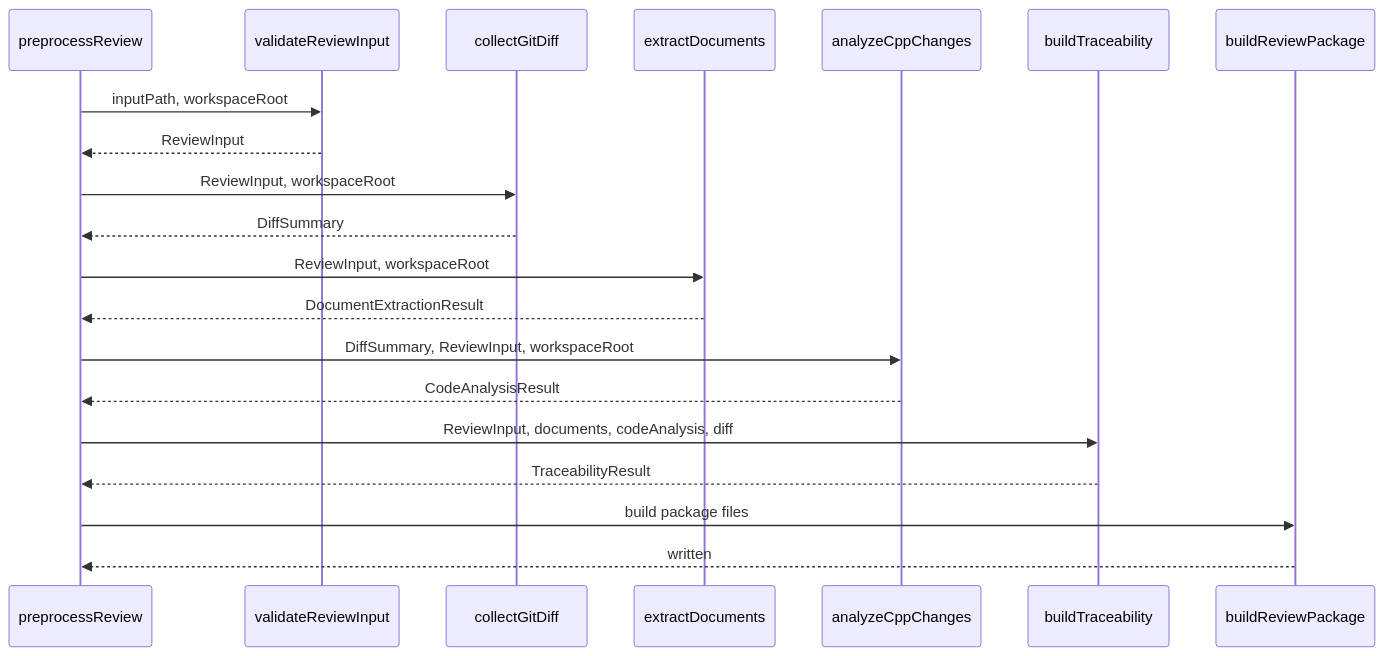
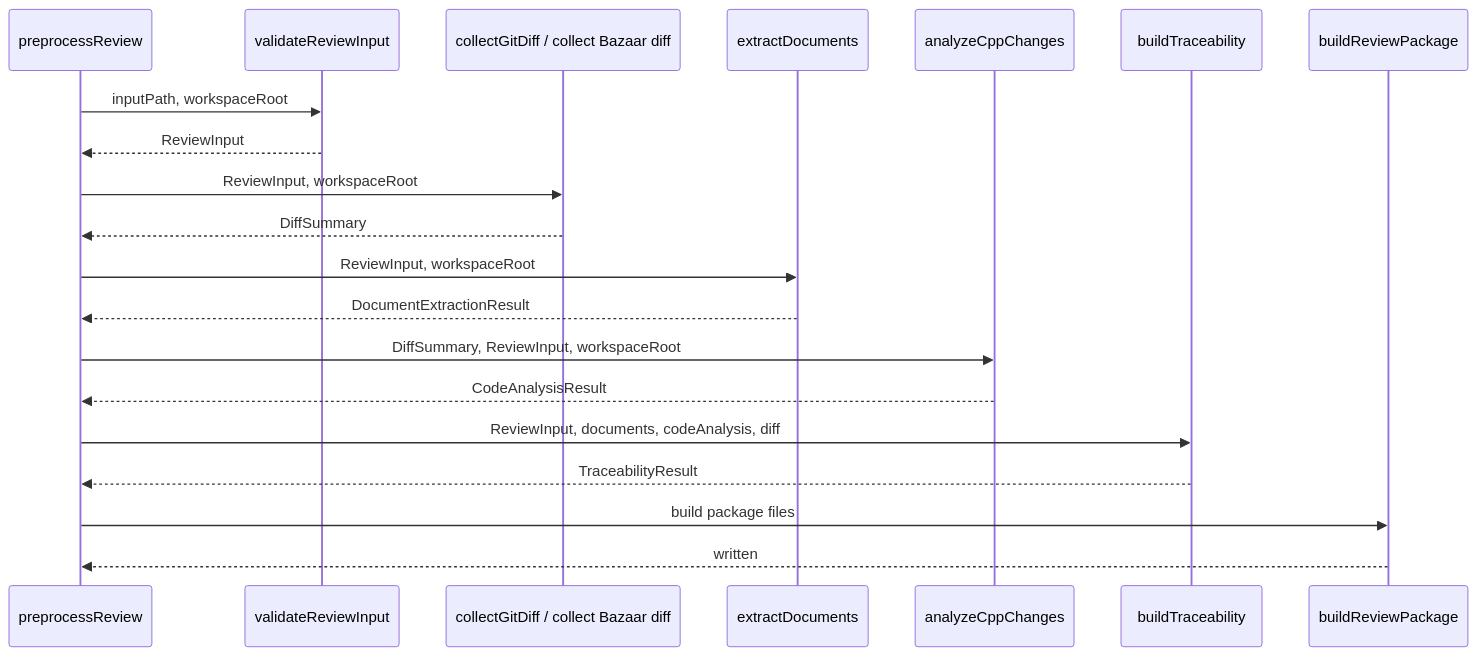
Before and after one commit to katamor1/CUSTUM_MODE: the diagram in v2/extensions/bob-code-consistency-review/docs/detailed-design-ja.md, drawn with Mermaid. The commit also changed other lines of this file and 59 other files, not shown here.

````diff
--- a/v2/extensions/bob-code-consistency-review/docs/detailed-design-ja.md
+++ b/v2/extensions/bob-code-consistency-review/docs/detailed-design-ja.md
@@ -133,23 +163,23 @@
 ```mermaid
 sequenceDiagram
   participant P as preprocessReview
   participant I as validateReviewInput
-  participant G as collectGitDiff
+  participant G as collectGitDiff / collect Bazaar diff
   participant D as extractDocuments
   participant C as analyzeCppChanges
   participant T as buildTraceability
   participant B as buildReviewPackage
 
   P->>I: inputPath, workspaceRoot
   I-->>P: ReviewInput
   P->>G: ReviewInput, workspaceRoot
   G-->>P: DiffSummary
   P->>D: ReviewInput, workspaceRoot
   D-->>P: DocumentExtractionResult
   P->>C: DiffSummary, ReviewInput, workspaceRoot
   C-->>P: CodeAnalysisResult
   P->>T: ReviewInput, documents, codeAnalysis, diff
   T-->>P: TraceabilityResult
   P->>B: build package files
   B-->>P: written
 ```
````
